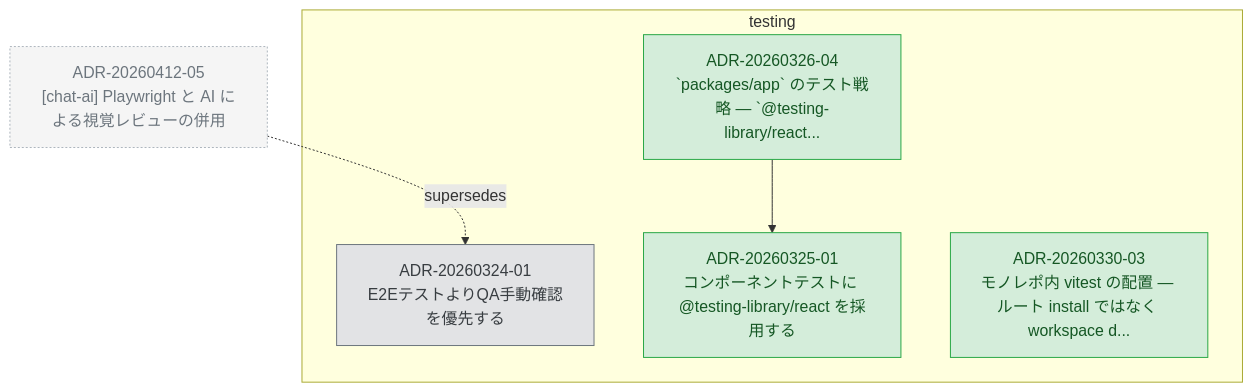
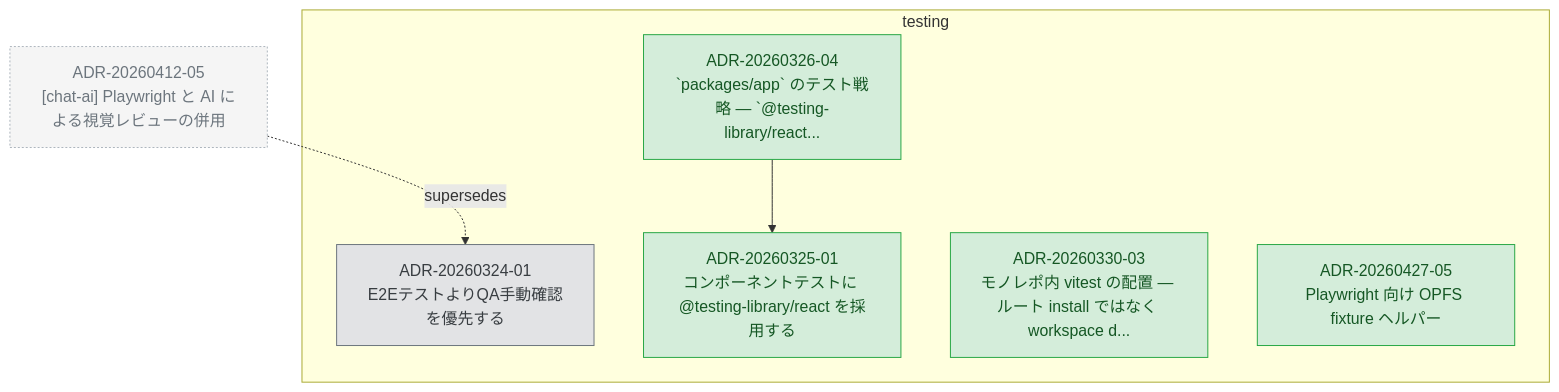
The diagram in docs/adr/graph/testing.md (kompiro/karasu), drawn with Mermaid before and after one commit. The commit also changed other lines of this file and 4 other files, not shown here.

First line of the commit message:
docs(adr): promote OPFS fixture helper design doc to ADR-20260427-05

````diff
--- a/docs/adr/graph/testing.md
+++ b/docs/adr/graph/testing.md
@@ -6,24 +6,26 @@
 ```mermaid
 flowchart TD
   subgraph testing["testing"]
     ADR_20260324_01["ADR-20260324-01<br/>E2EテストよりQA手動確認を優先する"]
     ADR_20260325_01["ADR-20260325-01<br/>コンポーネントテストに @testing-library/react を採用する"]
     ADR_20260326_04["ADR-20260326-04<br/>`packages/app` のテスト戦略 — `@testing-library/react..."]
     ADR_20260330_03["ADR-20260330-03<br/>モノレポ内 vitest の配置 — ルート install ではなく workspace d..."]
+    ADR_20260427_05["ADR-20260427-05<br/>Playwright 向け OPFS fixture ヘルパー"]
   end
   ADR_20260412_05["ADR-20260412-05<br/>[chat-ai] Playwright と AI による視覚レビューの併用"]
   ADR_20260326_04 --> ADR_20260325_01
   ADR_20260412_05 -.supersedes.-> ADR_20260324_01
 
   classDef accepted fill:#d4edda,stroke:#28a745,color:#155724
   classDef proposed fill:#fff3cd,stroke:#ffc107,color:#856404
   classDef deprecated fill:#f8d7da,stroke:#dc3545,color:#721c24
   classDef superseded fill:#e2e3e5,stroke:#6c757d,color:#383d41
   classDef not_adopted fill:#e2e3e5,stroke:#6c757d,color:#383d41,stroke-dasharray:3 3
   classDef ghost fill:#f5f5f5,stroke:#adb5bd,color:#6c757d,stroke-dasharray:2 2
   class ADR_20260324_01 superseded
   class ADR_20260325_01 accepted
   class ADR_20260326_04 accepted
   class ADR_20260330_03 accepted
+  class ADR_20260427_05 accepted
   class ADR_20260412_05 ghost
 ```
````
